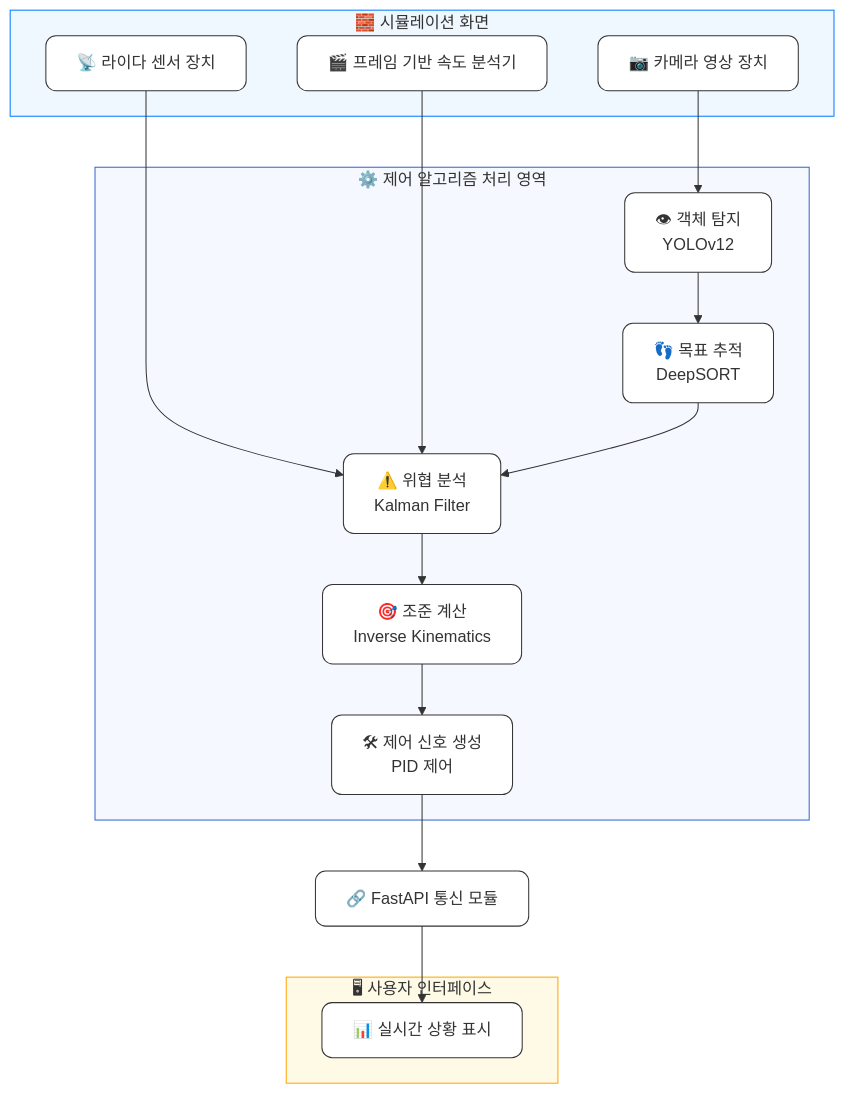
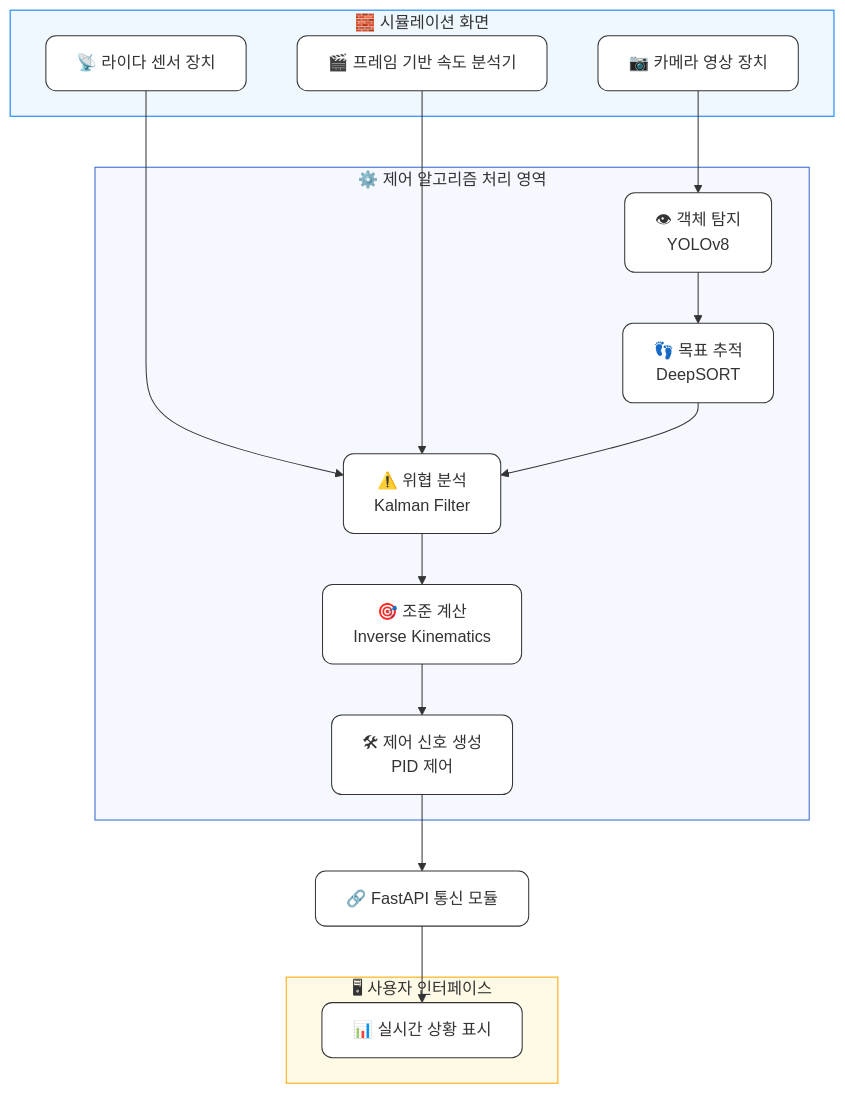
Before and after one commit to Rotem-Third-Project/Battlefield-object-recognition-learning-model: the diagram in 요구사항정의서.md, drawn with Mermaid. The commit also changed other lines of this file, not shown here.

````diff
--- a/요구사항정의서.md
+++ b/요구사항정의서.md
@@ -42,47 +42,47 @@
 ```mermaid
 flowchart TB
 
     %% 🧱 시뮬레이션 화면
     subgraph Sim_Screen ["🧱 시뮬레이션 화면"]
         Cam[📷 카메라 영상 장치]
         Lidar[📡 라이다 센서 장치]
         Motion[🎬 프레임 기반 속도 분석기]
     end
 
     %% ⚙️ 제어 알고리즘 영역
     subgraph AI_Control ["⚙️ 제어 알고리즘 처리 영역"]
-        Detect[👁 객체 탐지<br/>YOLOv12]
+        Detect[👁 객체 탐지<br/>YOLOv8]
         Track[👣 목표 추적<br/>DeepSORT]
         Threat[⚠️ 위협 분석<br/>Kalman Filter]
         Aiming[🎯 조준 계산<br/>Inverse Kinematics]
         ControlGen[🛠 제어 신호 생성<br/>PID 제어]
     end
 
     %% 🖥 사용자 인터페이스
     subgraph User_UI ["🖥 사용자 인터페이스"]
         Dashboard[📊 실시간 상황 표시]
     end
 
     %% 통신 모듈 (중간)
     APIConn[🔗 FastAPI 통신 모듈]
 
     %% 연결 관계 (위에서 아래로 흐르도록 정렬)
     Cam --> Detect
     Lidar --> Threat
     Motion --> Threat
     Detect --> Track
     Track --> Threat
     Threat --> Aiming
     Aiming --> ControlGen
     ControlGen --> APIConn
     APIConn --> Dashboard
 
     %% 스타일: 서브그래프 색상
     style Sim_Screen fill:#F0F8FF,stroke:#007BFF,stroke-width:1px
     style AI_Control fill:#F5F9FF,stroke:#3366CC,stroke-width:1px
     style User_UI fill:#FFFAE6,stroke:#FFA500,stroke-width:1px
 
     %% 노드 스타일 정의
     classDef node_style fill:#FFFFFF,stroke:#333333,stroke-width:1px,rx:10,ry:10;
     class Cam,Lidar,Motion,Detect,Track,Threat,Aiming,ControlGen,APIConn,Dashboard node_style;
 ```
````
